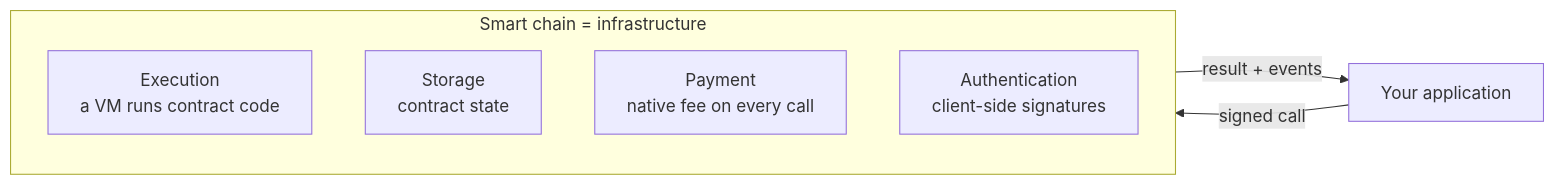
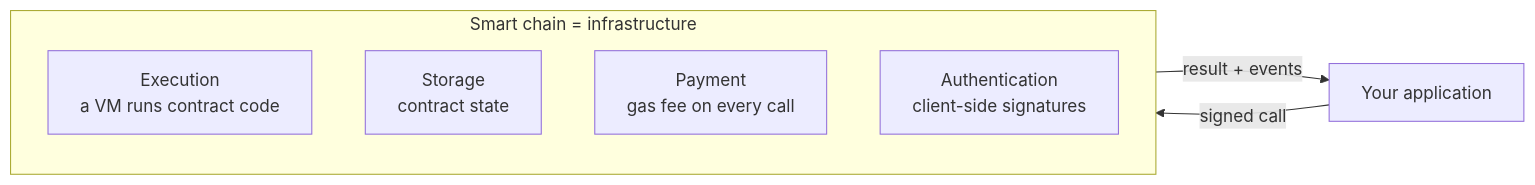
The first of 9 diagrams in README.md (dinhduongha/scaas), drawn with Mermaid before and after one commit. The commit also changed other lines of this file and 45 other files, not shown here.

````diff
--- a/README.md
+++ b/README.md
@@ -57,12 +57,12 @@
 ```mermaid
 flowchart LR
     subgraph CHAIN["Smart chain = infrastructure"]
         direction TB
         EX["Execution<br/>a VM runs contract code"]
         ST["Storage<br/>contract state"]
-        PAY["Payment<br/>native fee on every call"]
+        PAY["Payment<br/>gas fee on every call"]
         AUTH["Authentication<br/>client-side signatures"]
     end
     APP["Your application"] -->|"signed call"| CHAIN
     CHAIN -->|"result + events"| APP
 ```
````
